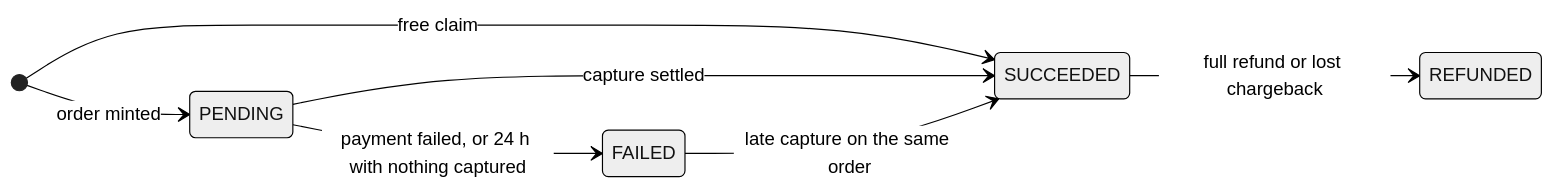
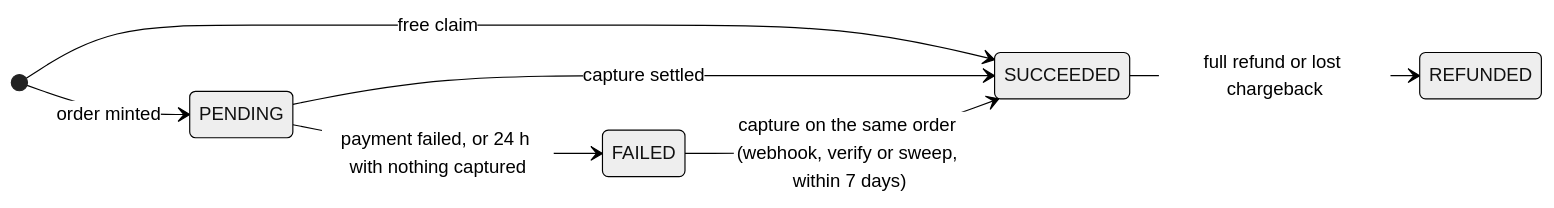
One commit to Practitionist/familiarise_web changed the third of 6 diagrams in docs/digital-products/01-architecture.md. Above: the diagram before and after it, drawn with Mermaid (neutral theme). The commit also changed other lines of this file and 1 other file, not shown here.

First line of the commit message:
docs(digital-products): write-once uploads, lineage versions, failed-order recovery and receipt staging

````diff
--- a/docs/digital-products/01-architecture.md
+++ b/docs/digital-products/01-architecture.md
@@ -60,10 +63,10 @@
 ```mermaid
 stateDiagram-v2
   direction LR
   [*] --> PENDING: order minted
   [*] --> SUCCEEDED: free claim
   PENDING --> SUCCEEDED: capture settled
   PENDING --> FAILED: payment failed, or 24 h with nothing captured
-  FAILED --> SUCCEEDED: late capture on the same order
+  FAILED --> SUCCEEDED: capture on the same order (webhook, verify or sweep, within 7 days)
   SUCCEEDED --> REFUNDED: full refund or lost chargeback
 ```
````
